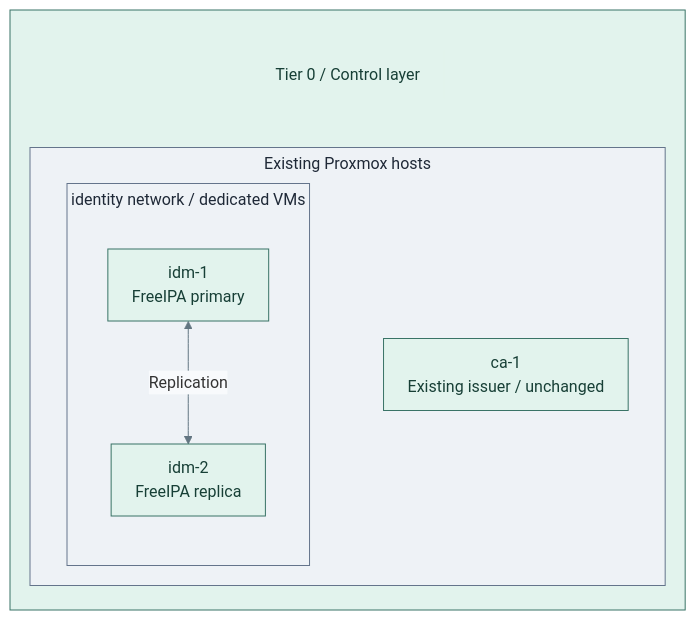
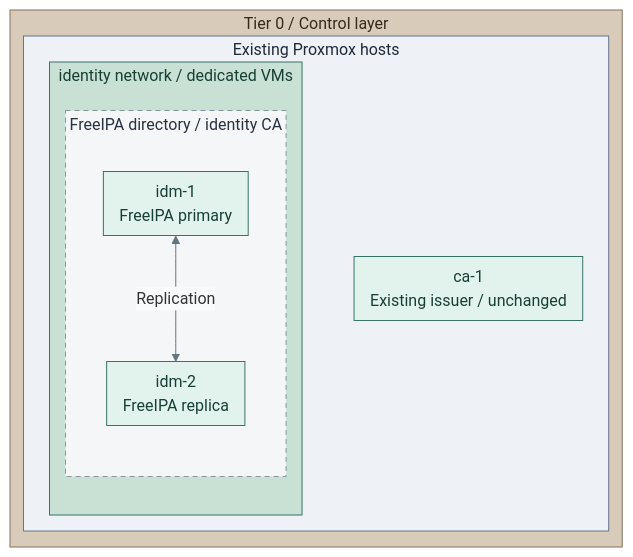
The first of 2 diagrams in docs/03-deployment/stage-5-identity/README.md (Rexus/homelab), drawn with Mermaid before and after one commit. The commit also changed other lines of this file and 108 other files, not shown here.

Commit message:
docs(diagrams): unify visual language and opening views

````diff
--- a/docs/03-deployment/stage-5-identity/README.md
+++ b/docs/03-deployment/stage-5-identity/README.md
@@ -12,27 +12,32 @@
 ```mermaid
-%%{init: {"theme":"base","flowchart":{"nodeSpacing":20,"rankSpacing":24,"padding":12,"subGraphTitleMargin":{"top":4,"bottom":12}},"themeVariables":{"lineColor":"#627581","edgeLabelBackground":"#f8fafc"}}}%%
+%%{init: {"theme":"base","flowchart":{"nodeSpacing":12,"rankSpacing":2,"padding":8,"subGraphTitleMargin":{"top":2,"bottom":8}},"themeVariables":{"lineColor":"#627581","edgeLabelBackground":"#f8fafc"}}}%%
 flowchart TB
-  subgraph T0[" "]
-    direction TB
-    T0Title["Tier 0 / Control layer"]
+  subgraph T0["Tier 0 / Control layer"]
+    direction LR
     subgraph PVE["Existing Proxmox hosts"]
       direction LR
       subgraph Identity["identity network / dedicated VMs"]
         direction TB
-        Primary["idm-1<br/>FreeIPA primary"]
-        Replica["idm-2<br/>FreeIPA replica"]
-        Primary <-->|Replication| Replica
+        subgraph DirectoryPair["FreeIPA directory / identity CA"]
+          direction TB
+          Primary["idm-1<br/>FreeIPA primary"]
+          Replica["idm-2<br/>FreeIPA replica"]
+          Primary <-->|Replication| Replica
+        end
       end
       ExistingCA["ca-1<br/>Existing issuer / unchanged"]
       Identity ~~~ ExistingCA
     end
-    T0Title ~~~ PVE
   end
   classDef default fill:#f8fafc,stroke:#64748b,color:#1f2937
   classDef boundary fill:#eef2f6,stroke:#64748b,color:#1f2937
   classDef control fill:#e2f3ed,stroke:#397366,color:#173f36
-  classDef controlHeading fill:#e2f3ed,stroke:#e2f3ed,color:#173f36
-  class T0,Primary,Replica,ExistingCA control
-  class T0Title controlHeading
-  class PVE,Identity boundary
+  classDef replicas fill:#f5f6f7,stroke:#89939e,color:#273340,stroke-dasharray:5 4
+  class Primary,Replica,ExistingCA control
+  class PVE boundary
+  class DirectoryPair replicas
+  classDef tier0 fill:#d8cbb9,stroke:#83715a,color:#352a1e
+  class T0 tier0
+  classDef zoneControl fill:#c9e0d5,stroke:#397366,color:#173f36
+  class Identity zoneControl
 ```
````
